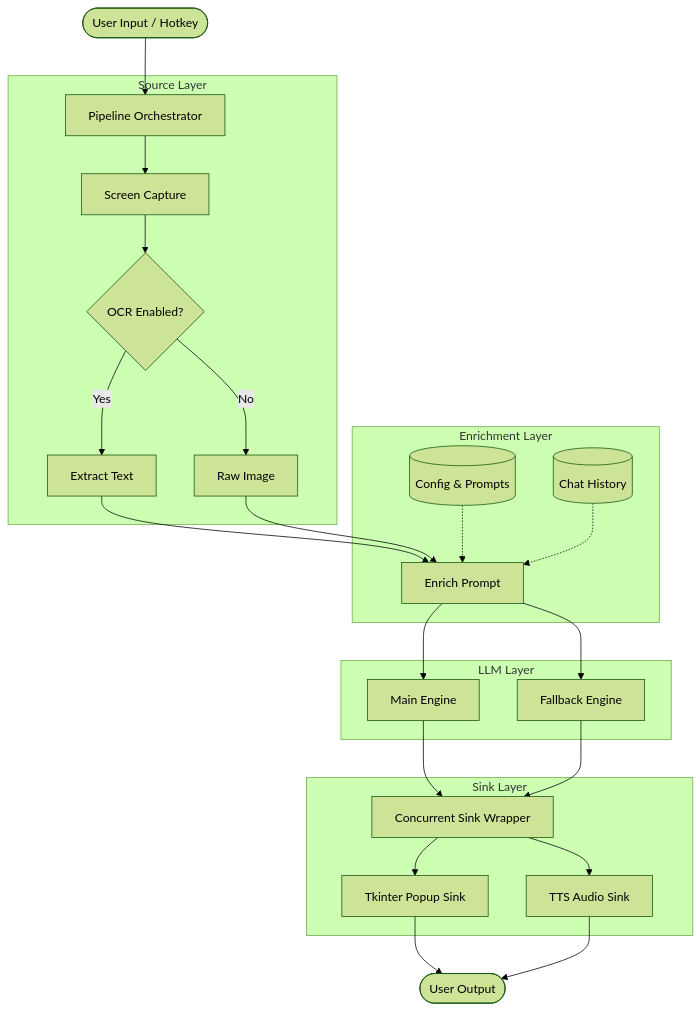
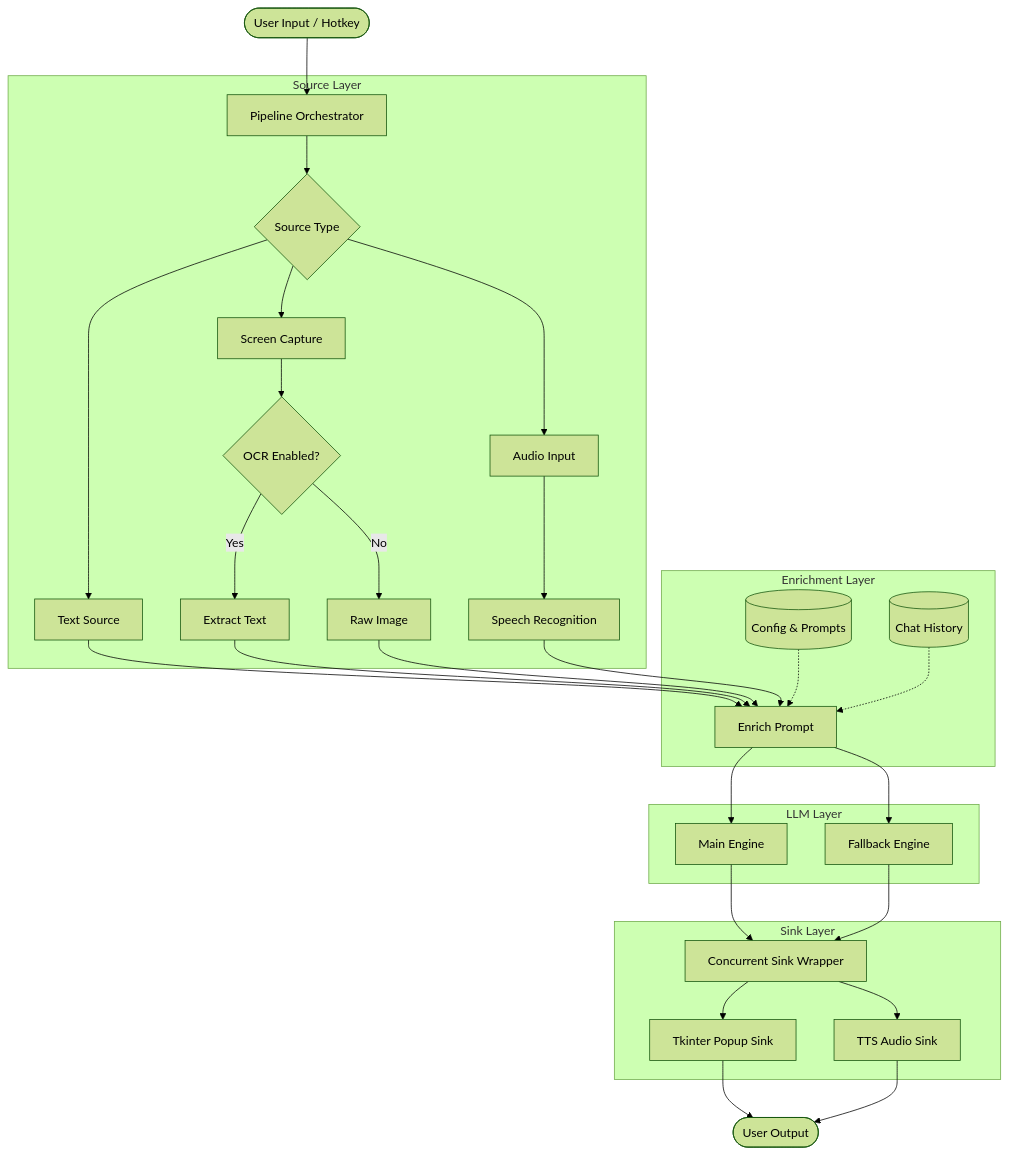
One commit to ahmedyarub/SnapSolve changed the first of 2 diagrams in ARCHITECTURE.md. Above: the diagram before and after it, drawn with Mermaid (forest theme). The commit also changed other lines of this file and 5 other files, not shown here.

````diff
--- a/ARCHITECTURE.md
+++ b/ARCHITECTURE.md
@@ -9,33 +9,39 @@
 ```mermaid
 flowchart TD
     User([User Input / Hotkey]) --> Orchestrator[Pipeline Orchestrator]
 
     subgraph Source Layer
-        Orchestrator --> Screen[Screen Capture]
+        Orchestrator --> SourceSelector{Source Type}
+        SourceSelector --> Text[Text Source]
+        SourceSelector --> Screen[Screen Capture]
+        SourceSelector --> Audio[Audio Input]
         Screen --> OCR{OCR Enabled?}
         OCR -- Yes --> Extract[Extract Text]
         OCR -- No --> Raw[Raw Image]
+        Audio --> Transcribe[Speech Recognition]
     end
 
     subgraph Enrichment Layer
-        Extract --> Enrich[Enrich Prompt]
+        Text --> Enrich[Enrich Prompt]
+        Extract --> Enrich
         Raw --> Enrich
+        Transcribe --> Enrich
         Config[(Config & Prompts)] -.-> Enrich
         Session[(Chat History)] -.-> Enrich
     end
 
     subgraph LLM Layer
         Enrich --> MainLLM[Main Engine]
         Enrich --> FallbackLLM[Fallback Engine]
     end
 
     subgraph Sink Layer
         MainLLM --> Sinks[Concurrent Sink Wrapper]
         FallbackLLM --> Sinks
         Sinks --> Popup[Tkinter Popup Sink]
-        Sinks --> Audio[TTS Audio Sink]
+        Sinks --> AudioOut[TTS Audio Sink]
     end
 
     Popup --> Output([User Output])
-    Audio --> Output
+    AudioOut --> Output
 ```
````
